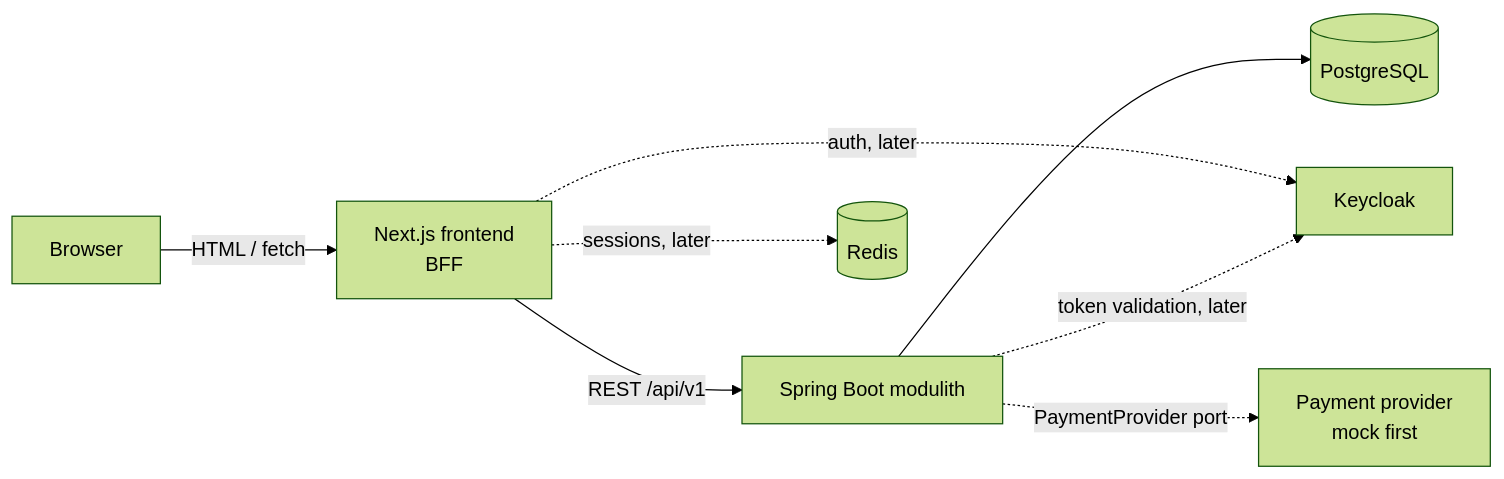
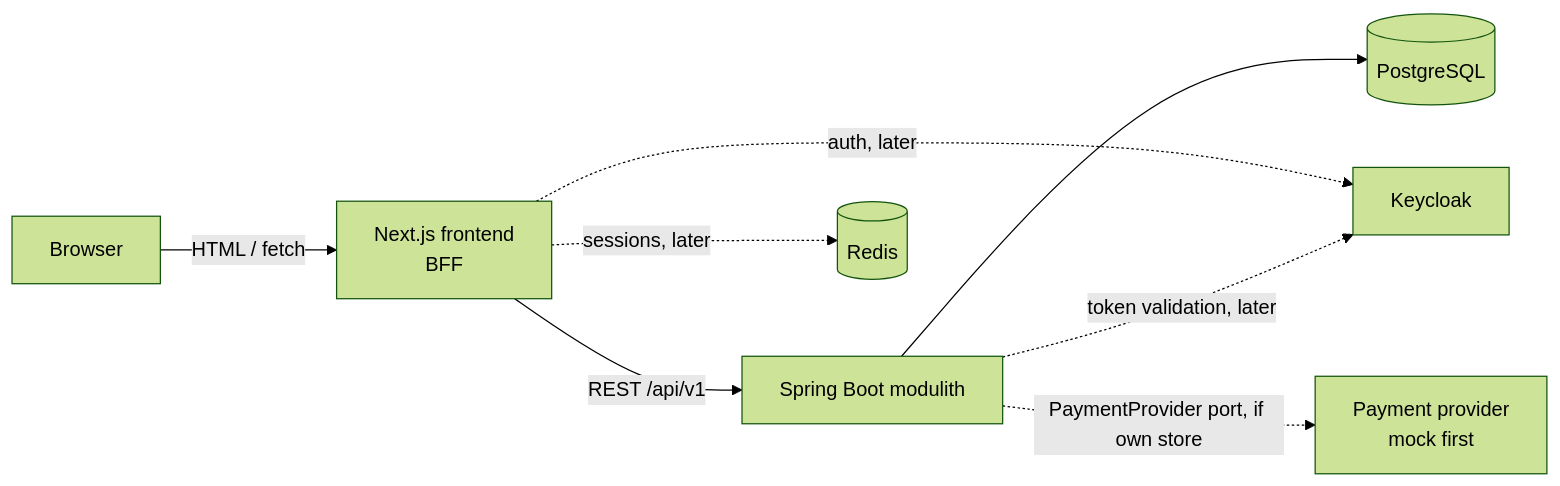
One commit to MiguelSombrero/kalia changed the diagram in README.md. Above: the diagram before and after it, drawn with Mermaid (forest theme). The commit also changed other lines of this file and 7 other files, not shown here.

First line of the commit message:
Sync docs with clarified vision: cellar first, store flow to backlog

````diff
--- a/README.md
+++ b/README.md
@@ -35,10 +50,10 @@
 ```mermaid
 flowchart LR
     Browser -->|HTML / fetch| Next[Next.js frontend<br/>BFF]
     Next -->|REST /api/v1| Spring[Spring Boot modulith]
     Spring --> PG[(PostgreSQL)]
     Next -.->|sessions, later| Redis[(Redis)]
     Next -.->|auth, later| KC[Keycloak]
     Spring -.->|token validation, later| KC
-    Spring -.->|PaymentProvider port| PSP[Payment provider<br/>mock first]
+    Spring -.->|PaymentProvider port, if own store| PSP[Payment provider<br/>mock first]
 ```
````
